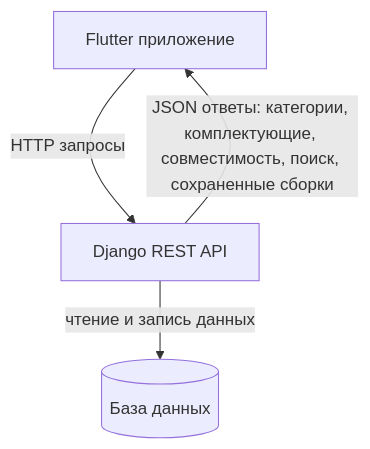
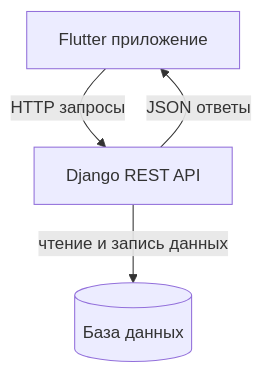
Before and after one commit to sofmjn/pc_builder_app: the fifth of 7 diagrams in README.md, drawn with Mermaid.

````diff
--- a/README.md
+++ b/README.md
@@ -119,13 +119,13 @@
 ```mermaid
 graph TB
     MobileApp[Flutter приложение]
     API[Django REST API]
     DB[(База данных)]
 
     MobileApp -->|HTTP запросы| API
     API -->|чтение и запись данных| DB
-    API -->|JSON ответы: категории, комплектующие, совместимость, поиск, сохраненные сборки| MobileApp
+    API -->|JSON ответы| MobileApp
 
 
 
 ```
````
